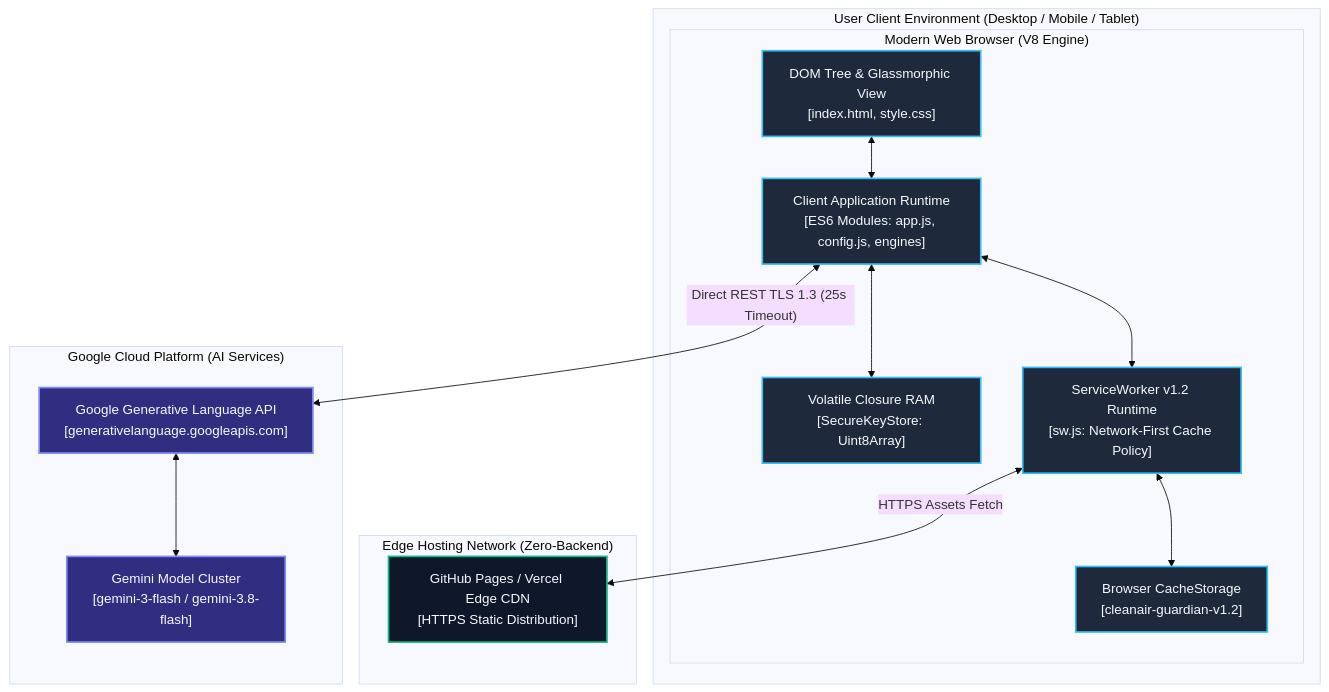
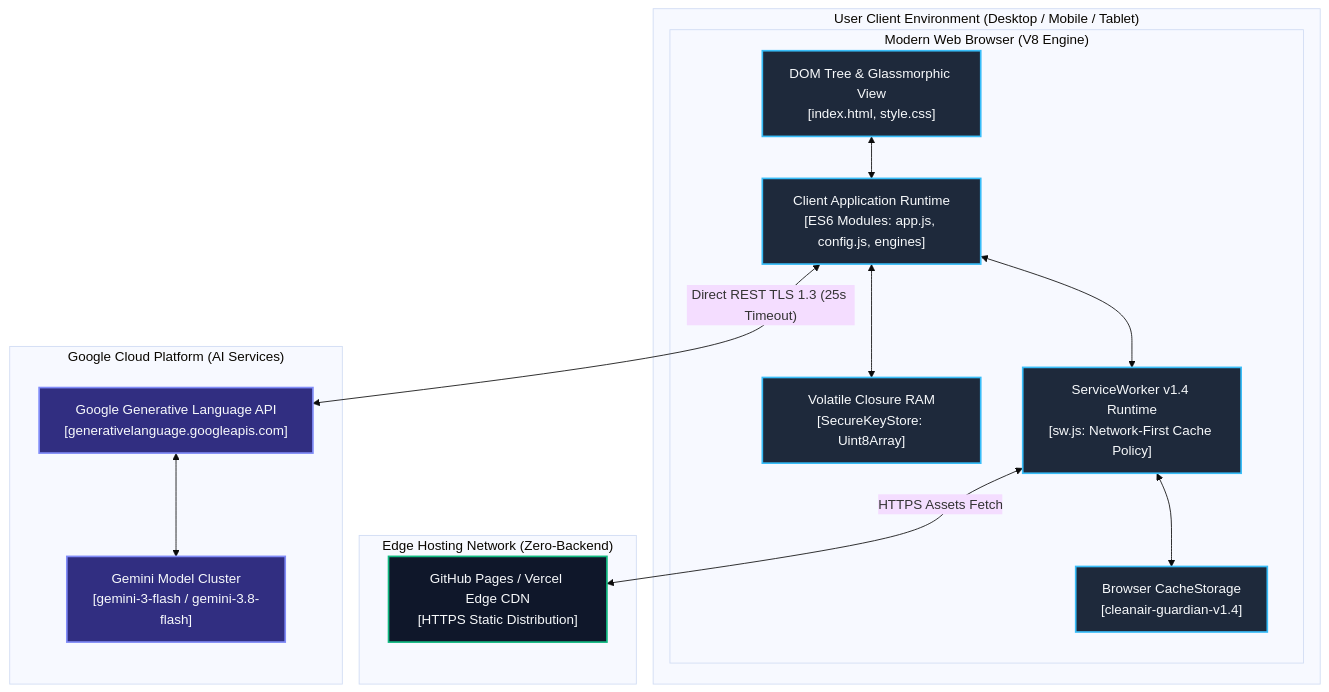
The diagram in uml/deployment_diagram.md (piyushmakhija28/prompt-war-challenge-6-clean-air-assistant), drawn with Mermaid (base theme) before and after one commit. The commit also changed 40 other files, not shown here.

````diff
--- a/uml/deployment_diagram.md
+++ b/uml/deployment_diagram.md
@@ -2,33 +2,33 @@
 ```mermaid
 graph TD
     classDef client fill:#1e293b,stroke:#38bdf8,stroke-width:2px,color:#f8fafc;
     classDef edge fill:#0f172a,stroke:#10b981,stroke-width:2px,color:#f8fafc;
     classDef cloud fill:#312e81,stroke:#818cf8,stroke-width:2px,color:#f8fafc;
 
     subgraph UserDevice ["User Client Environment (Desktop / Mobile / Tablet)"]
         subgraph BrowserRuntime ["Modern Web Browser (V8 Engine)"]
             DOM_CONTAINER["DOM Tree & Glassmorphic View<br/>[index.html, style.css]"]:::client
             JS_MODULES["Client Application Runtime<br/>[ES6 Modules: app.js, config.js, engines]"]:::client
             RAM_STORE["Volatile Closure RAM<br/>[SecureKeyStore: Uint8Array]"]:::client
-            PWA_WORKER["ServiceWorker v1.2 Runtime<br/>[sw.js: Network-First Cache Policy]"]:::client
-            CACHE_STORAGE["Browser CacheStorage<br/>[cleanair-guardian-v1.2]"]:::client
+            PWA_WORKER["ServiceWorker v1.4 Runtime<br/>[sw.js: Network-First Cache Policy]"]:::client
+            CACHE_STORAGE["Browser CacheStorage<br/>[cleanair-guardian-v1.4]"]:::client
         end
     end
 
     subgraph StaticEdge ["Edge Hosting Network (Zero-Backend)"]
         CDN_EDGE["GitHub Pages / Vercel Edge CDN<br/>[HTTPS Static Distribution]"]:::edge
     end
 
     subgraph GoogleCloud ["Google Cloud Platform (AI Services)"]
         GEMINI_GATEWAY["Google Generative Language API<br/>[generativelanguage.googleapis.com]"]:::cloud
         MODEL_CASCADE["Gemini Model Cluster<br/>[gemini-3-flash / gemini-3.8-flash]"]:::cloud
     end
 
     DOM_CONTAINER <--> JS_MODULES
     JS_MODULES <--> RAM_STORE
     JS_MODULES <--> PWA_WORKER
     PWA_WORKER <--> CACHE_STORAGE
     PWA_WORKER <-->|"HTTPS Assets Fetch"| CDN_EDGE
     JS_MODULES <-->|"Direct REST TLS 1.3 (25s Timeout)"| GEMINI_GATEWAY
     GEMINI_GATEWAY <--> MODEL_CASCADE
 ```
````
